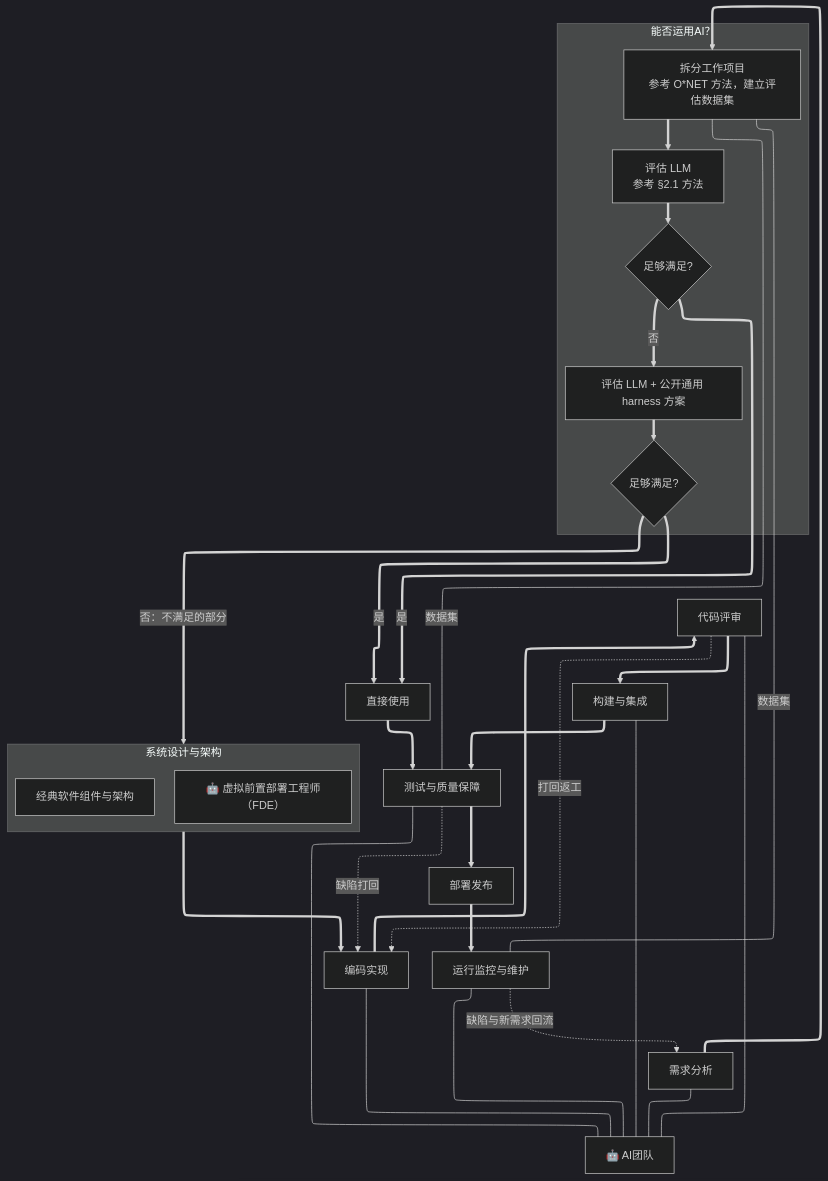
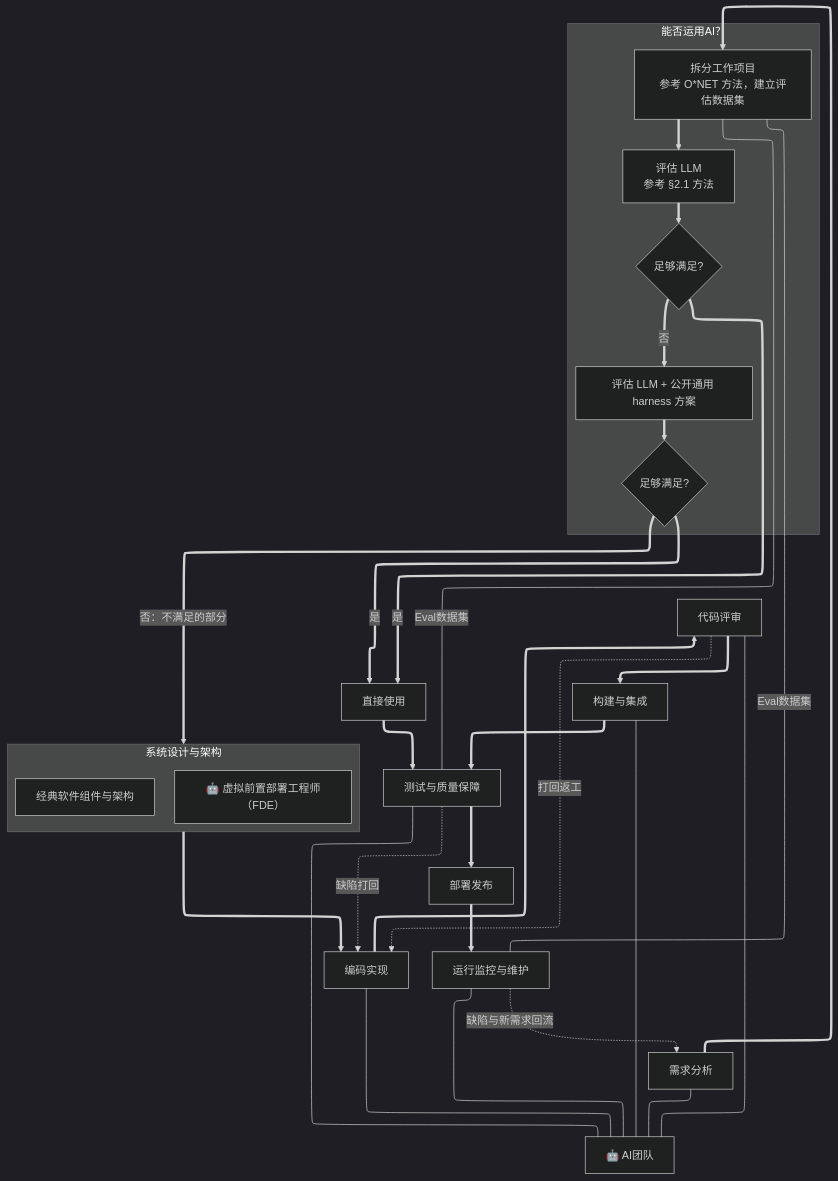
Before and after one commit to AI-LLM/Controversy: the second of 2 diagrams in chat/AIKnowledgeLabor.md, drawn with Mermaid (dark theme).

Commit message:
Eval数据集

````diff
--- a/chat/AIKnowledgeLabor.md
+++ b/chat/AIKnowledgeLabor.md
@@ -628,41 +628,41 @@
 ```mermaid
 ---
 config:
   layout: elk
 ---
 graph TD
     R[需求分析] ==> A1
     subgraph SP [能否运用AI？]
         direction TB
         A1[拆分工作项目<br/>参考 O*NET 方法，建立评估数据集] ==> A2[评估 LLM<br/>参考 §2.1 方法]
         A2 ==> Q1{足够满足?}
         Q1 == 否 ==> A3[评估 LLM + 公开通用 harness 方案]
         A3 ==> Q2{足够满足?}
     end
     Q1 == 是 ==> U[直接使用]
     Q2 == 是 ==> U
     U ==> T
     subgraph D [系统设计与架构]
         direction TB
         D1[经典软件组件与架构]
         D2[🤖 虚拟前置部署工程师（FDE）]
     end
     Q2 == 否：不满足的部分 ==> D
     D ==> C[编码实现]
     C ==> CR[代码评审]
     CR ==> IG[构建与集成]
     IG ==> T[测试与质量保障]
     T ==> DP[部署发布]
     DP ==> MO[运行监控与维护]
     CR -. 打回返工 .-> C
     T -. 缺陷打回 .-> C
     MO -. 缺陷与新需求回流 .-> R
     R --- AIE[🤖 AI团队]
     C --- AIE
     CR --- AIE
     IG --- AIE
     T --- AIE
     MO --- AIE
-    A1 ---|数据集| T
-    A1 ---|数据集| MO
+    A1 ---|Eval数据集| T
+    A1 ---|Eval数据集| MO
 ```
````
